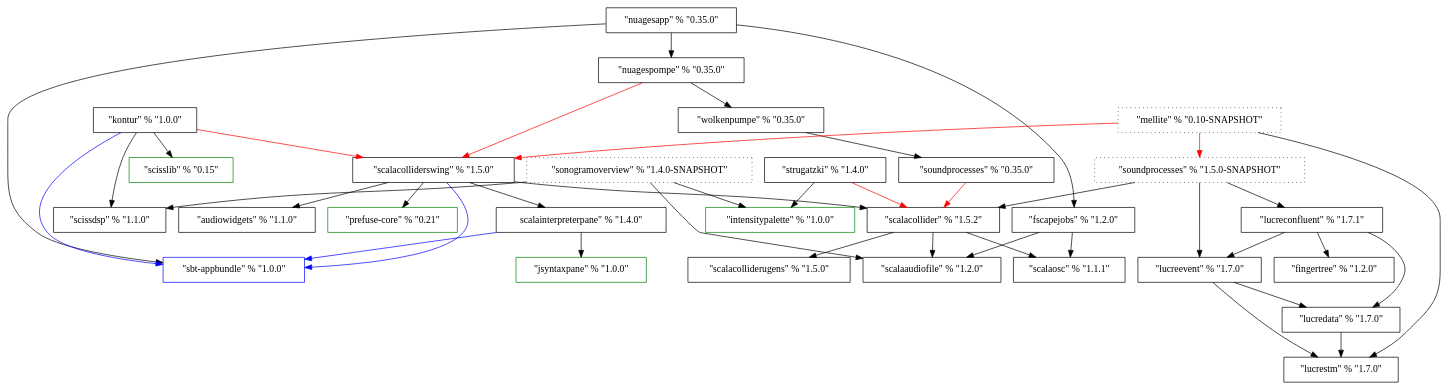
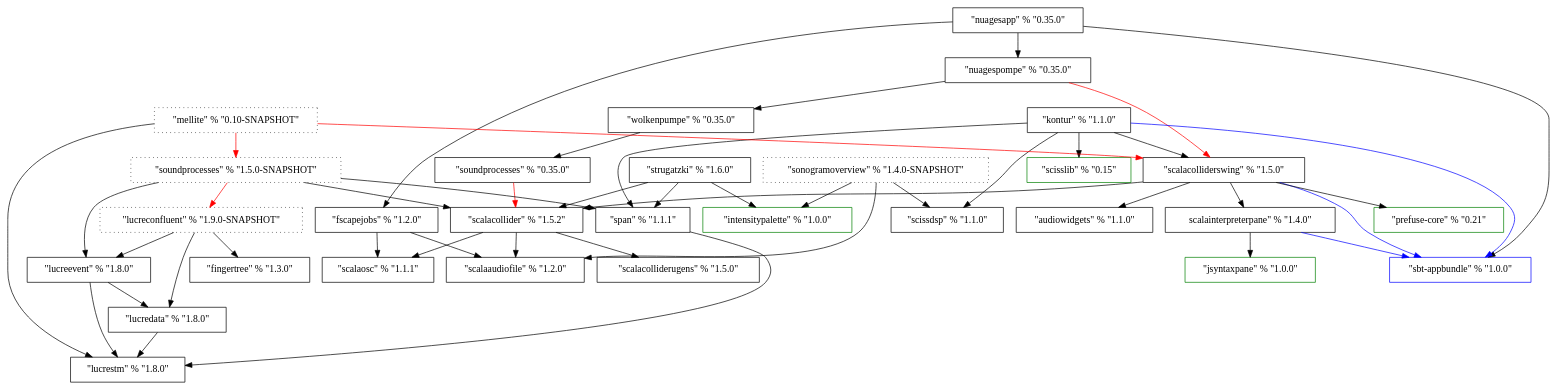
One commit to Sciss/HistoricalCode changed the diagram in ProjectDependencies/dep.dot. Above: the diagram before and after it, drawn with Graphviz.

```diff
--- a/ProjectDependencies/dep.dot
+++ b/ProjectDependencies/dep.dot
@@ -1,79 +1,84 @@
 digraph G {
 	ScalaOSC [label="\"scalaosc\" % \"1.1.1\"", shape=box];
 	ScalaAudioFile [label="\"scalaaudiofile\" % \"1.2.0\"", shape=box];
 	FScapeJobs [label="\"fscapejobs\" % \"1.2.0\"", shape=box];
 	AudioWidgets [label="\"audiowidgets\" % \"1.1.0\"", shape=box];
 //	ScalaAudioWidgets [label="\"scalaaudiowidgets\" % \"1.0.0\"", shape=box, color=red];
+   Span [label="\"span\" % \"1.1.1\"", shape=box];
 	SbtAppbundle [label="\"sbt-appbundle\" % \"1.0.0\"", shape=Box, color=blue];
 	ScissDSP [label="\"scissdsp\" % \"1.1.0\"", shape=Box];
 	SonogramOverview [label="\"sonogramoverview\" % \"1.4.0-SNAPSHOT\"", shape=Box, style=dotted];
 	ScalaCollider [label="\"scalacollider\" % \"1.5.2\"", shape=Box];
 	ScalaColliderUGens [label="\"scalacolliderugens\" % \"1.5.0\"", shape=Box];
 	ScalaColliderSwing [label="\"scalacolliderswing\" % \"1.5.0\"", shape=Box];
 	IntensityPalette [label="\"intensitypalette\" % \"1.0.0\"", shape=Box, color=green];
-	Strugatzki [label="\"strugatzki\" % \"1.4.0\"", shape=Box];
+	Strugatzki [label="\"strugatzki\" % \"1.6.0\"", shape=Box];
 	JSyntaxPane [label="\"jsyntaxpane\" % \"1.0.0\"", shape=Box, color=green];
 	ScalaInterpreterPane [label="\scalainterpreterpane\" % \"1.4.0\"", shape=Box];
 	PrefuseCore [label="\"prefuse-core\" % \"0.21\"", shape=Box, color=green];
 	SoundProcesses_OLD [label="\"soundprocesses\" % \"0.35.0\"", shape=Box];
 	Wolkenpumpe [label="\"wolkenpumpe\" % \"0.35.0\"", shape=Box];
 	NuagesPompe [label="\"nuagespompe\" % \"0.35.0\"", shape=Box];
 	NuagesApp [label="\"nuagesapp\" % \"0.35.0\"", shape=Box];
 	ScissLib [label="\"scisslib\" % \"0.15\"", shape=Box, color=green];
-	Kontur [label="\"kontur\" % \"1.0.0\"", shape=Box];
-	FingerTree [label="\"fingertree\" % \"1.2.0\"", shape=Box];
-	LucreSTM [label="\"lucrestm\" % \"1.7.0\"", shape=Box];
-	LucreEvent [label="\"lucreevent\" % \"1.7.0\"", shape=Box];
-	LucreData [label="\"lucredata\" % \"1.7.0\"", shape=Box];
-//	LucreExpr [label="\"lucreexpr\" % \"1.4.0\"", shape=Box];
-	LucreConfluent [label="\"lucreconfluent\" % \"1.7.1\"", shape=Box];
+	Kontur [label="\"kontur\" % \"1.1.0\"", shape=Box];
+	FingerTree [label="\"fingertree\" % \"1.3.0\"", shape=Box];
+	LucreSTM [label="\"lucrestm\" % \"1.8.0\"", shape=Box];
+	LucreEvent [label="\"lucreevent\" % \"1.8.0\"", shape=Box];
+	LucreData [label="\"lucredata\" % \"1.8.0\"", shape=Box];
+//	LucreExpr [labLucreConfluentel="\"lucreexpr\" % \"1.4.0\"", shape=Box];
+	LucreConfluent [label="\"lucreconfluent\" % \"1.9.0-SNAPSHOT\"", shape=Box, style=dotted];
 //	ConfluentReactive [label="\"confluentreactive\" % \"1.5.0\"", shape=Box];
 	SoundProcesses [label="\"soundprocesses\" % \"1.5.0-SNAPSHOT\"", shape=Box, style=dotted];
 	Mellite [label="\"mellite\" % \"0.10-SNAPSHOT\"", shape=Box, style=dotted];
 	
 	FScapeJobs -> ScalaOSC;
 	FScapeJobs -> ScalaAudioFile;
 //	ScalaAudioWidgets -> AudioWidgets [color=red];
 	SonogramOverview -> ScalaAudioFile;
 	SonogramOverview -> ScissDSP;
 	SonogramOverview -> IntensityPalette;
+	Span -> LucreSTM;
 	ScalaCollider -> ScalaColliderUGens;
 	ScalaCollider -> ScalaOSC;
 	ScalaCollider -> ScalaAudioFile;
-	Strugatzki -> ScalaCollider [color=red];
+	Strugatzki -> ScalaCollider;
 	Strugatzki -> IntensityPalette;
+	Strugatzki -> Span;
 	ScalaInterpreterPane -> JSyntaxPane;
 	ScalaInterpreterPane -> SbtAppbundle [color=blue];
 	ScalaColliderSwing -> SbtAppbundle [color=blue];
 	ScalaColliderSwing -> ScalaCollider;
 	ScalaColliderSwing -> ScalaInterpreterPane;
 	ScalaColliderSwing -> PrefuseCore;
 	ScalaColliderSwing -> AudioWidgets;
 	SoundProcesses_OLD -> ScalaCollider [color=red];
 	Wolkenpumpe -> SoundProcesses_OLD;
 	NuagesPompe -> Wolkenpumpe;
 	NuagesPompe -> ScalaColliderSwing [color=red];
 	NuagesApp -> SbtAppbundle;
 	NuagesApp -> NuagesPompe;
 	NuagesApp -> FScapeJobs;
 	Kontur -> SbtAppbundle [color=blue];
-	Kontur -> ScalaColliderSwing [color=red];
+	Kontur -> ScalaColliderSwing;
 	Kontur -> ScissDSP;
 	Kontur -> ScissLib;
+	Kontur -> Span;
 	LucreEvent -> LucreSTM;
    LucreEvent -> LucreData;
 	LucreData -> LucreSTM;
 //   LucreExpr -> LucreData [color=red];
 //   LucreExpr -> LucreEvent [color=red];
 	LucreConfluent -> FingerTree;
 	LucreConfluent -> LucreData;
 	LucreConfluent -> LucreEvent;
 //   ConfluentReactive -> LucreConfluent;
 //	ConfluentReactive -> LucreEvent [color=red];
 	SoundProcesses -> ScalaCollider;
-	SoundProcesses -> LucreConfluent;
+	SoundProcesses -> LucreConfluent [color=red];
 	SoundProcesses -> LucreEvent;
+	SoundProcesses -> Span;
 	Mellite -> SoundProcesses [color=red];
 	Mellite -> ScalaColliderSwing [color=red];
 	Mellite -> LucreSTM;
 }
```
